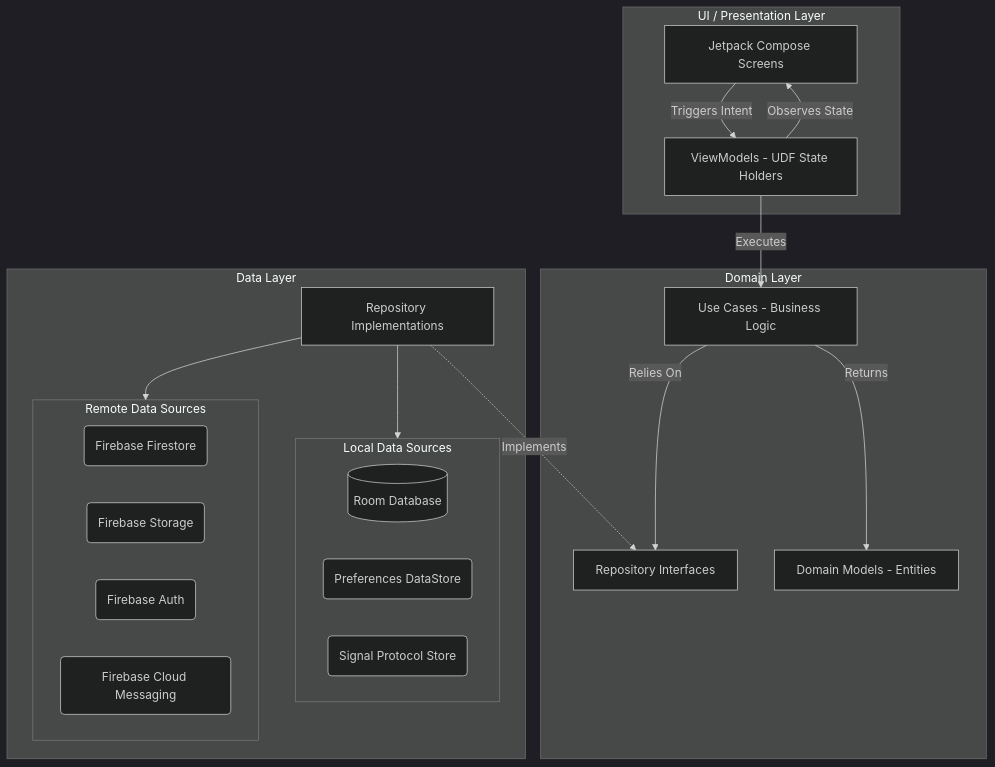
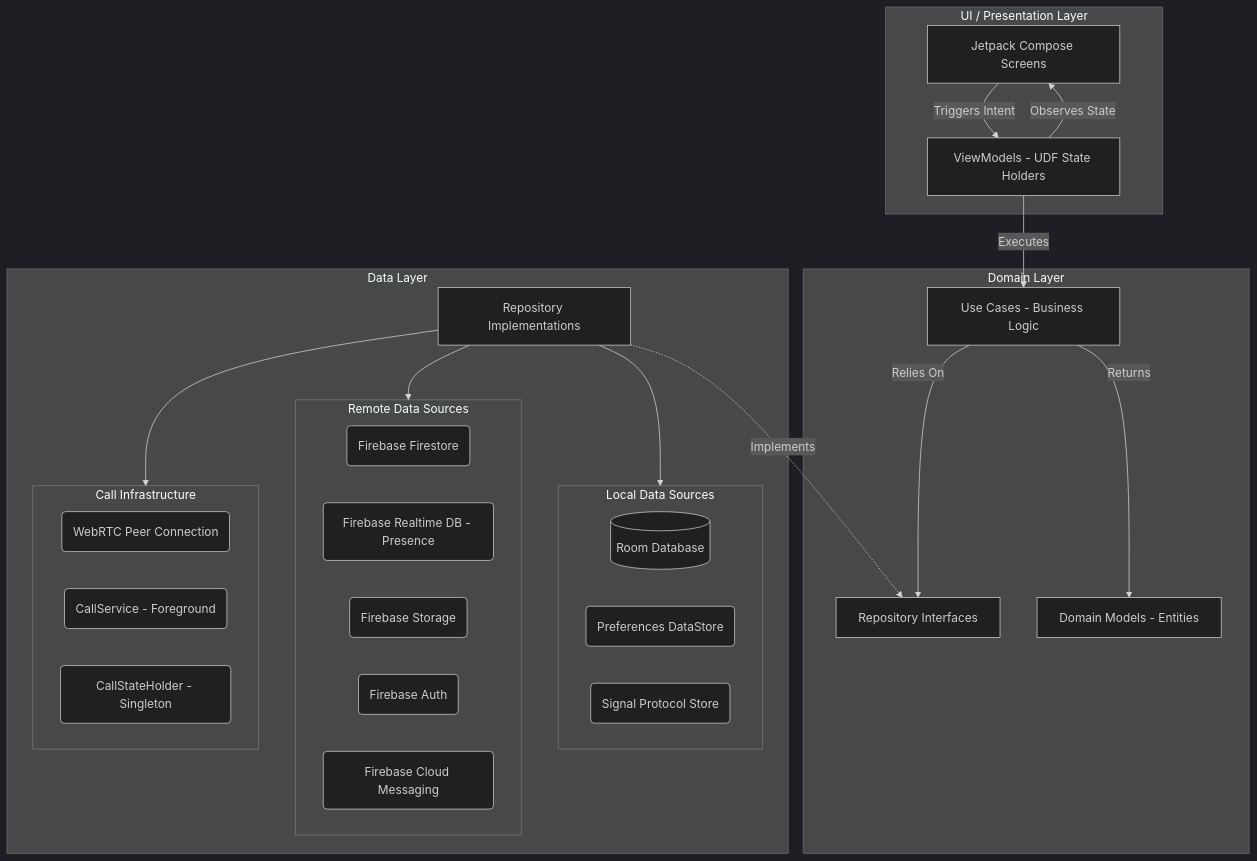
Before and after one commit to gomorra/fire-stream-chat: the first of 7 diagrams in docs/ARCHITECTURE.md, drawn with Mermaid (dark theme). The commit also changed other lines of this file and 15 other files, not shown here.

````diff
--- a/docs/ARCHITECTURE.md
+++ b/docs/ARCHITECTURE.md
@@ -64,43 +93,51 @@
 ```mermaid
 graph TD
     %% Define Layers
     subgraph UI_Layer [UI / Presentation Layer]
         UI[Jetpack Compose Screens]
         VM[ViewModels - UDF State Holders]
     end
 
     subgraph Domain_Layer [Domain Layer]
         UC[Use Cases - Business Logic]
         repoInt[Repository Interfaces]
         models[Domain Models - Entities]
     end
 
     subgraph Data_Layer [Data Layer]
         repoImpl[Repository Implementations]
 
         subgraph Local_Source [Local Data Sources]
             room[(Room Database)]
             dataStore(Preferences DataStore)
             signalStore(Signal Protocol Store)
         end
 
         subgraph Remote_Source [Remote Data Sources]
             firestore(Firebase Firestore)
+            rtdb(Firebase Realtime DB - Presence)
             storage(Firebase Storage)
             auth(Firebase Auth)
             fcm(Firebase Cloud Messaging)
+        end
+
+        subgraph Call_Source [Call Infrastructure]
+            webrtc(WebRTC Peer Connection)
+            callService(CallService - Foreground)
+            callState(CallStateHolder - Singleton)
         end
     end
 
     %% Define Relationships
     UI -->|Triggers Intent| VM
     VM -->|Observes State| UI
 
     VM -->|Executes| UC
     UC -->|Relies On| repoInt
     UC -->|Returns| models
 
     repoImpl -. Implements .-> repoInt
     repoImpl --> Local_Source
     repoImpl --> Remote_Source
+    repoImpl --> Call_Source
 ```
````
